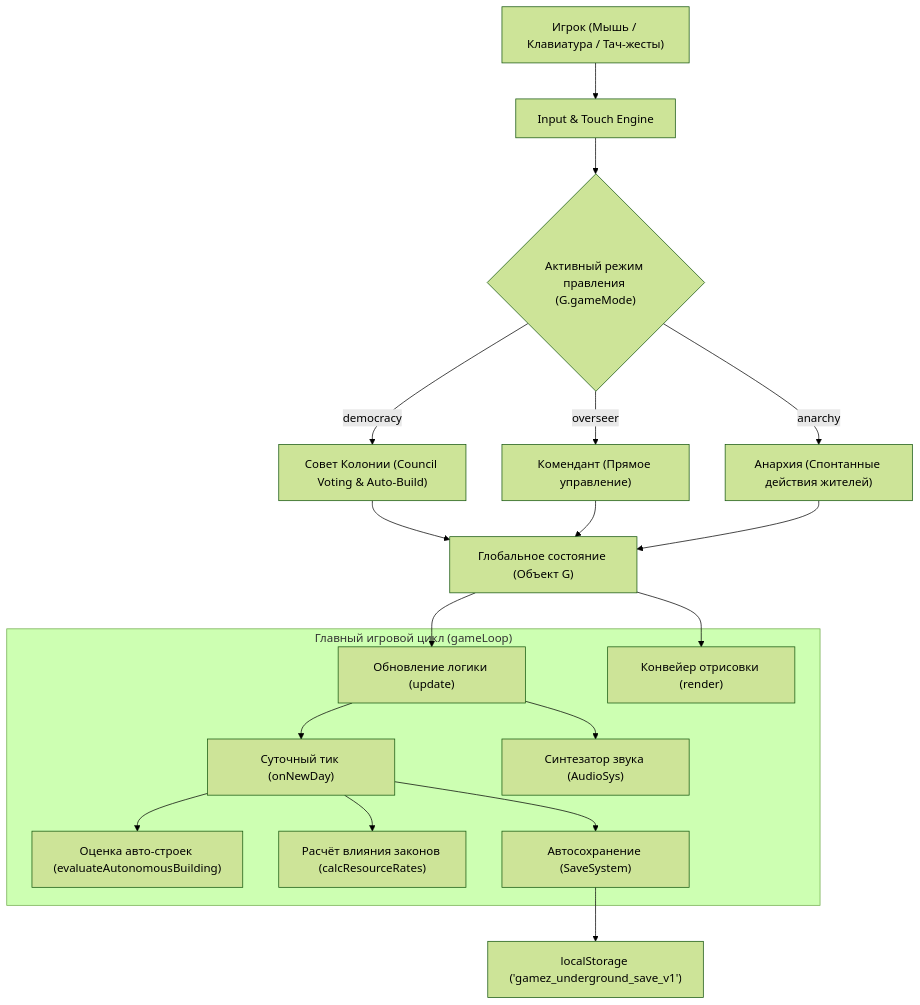
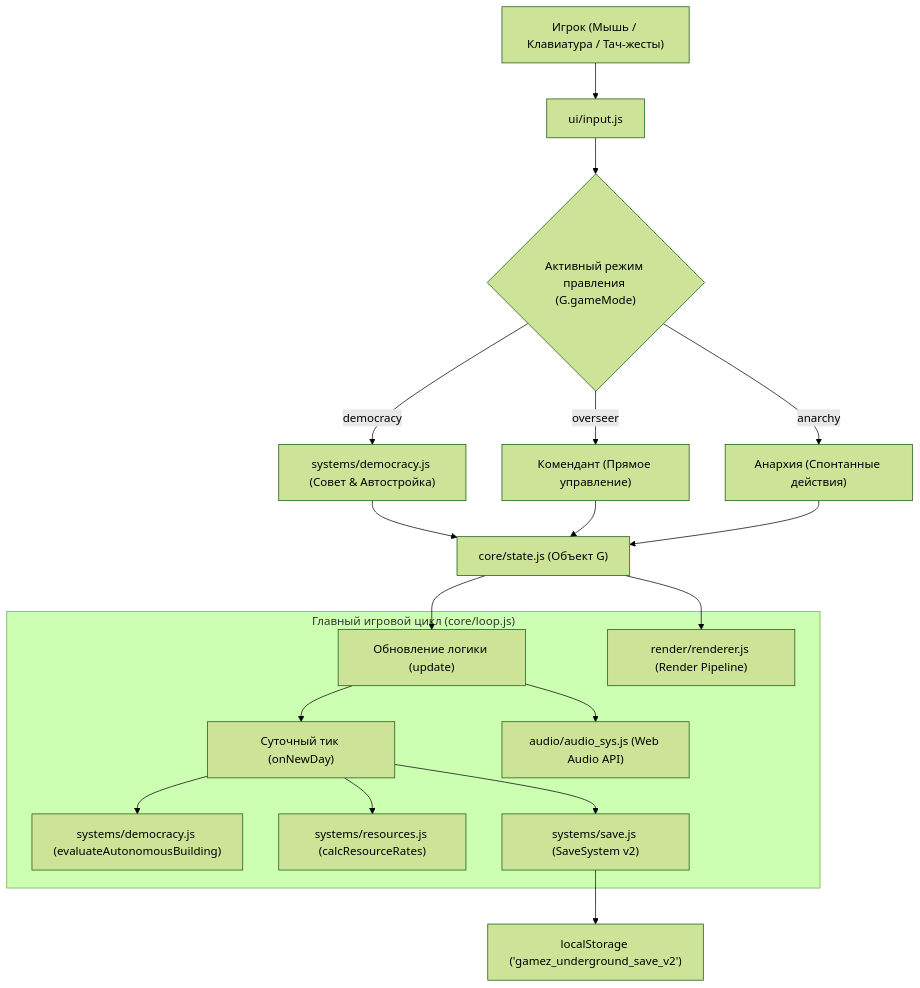
Before and after one commit to moonspeaking/GameZ: the diagram in docs/ARCHITECTURE.md, drawn with Mermaid (forest theme). The commit also changed other lines of this file and 35 other files, not shown here.

Commit message:
Refactor project into modular ES6 architecture with zero build dependencies

````diff
--- a/docs/ARCHITECTURE.md
+++ b/docs/ARCHITECTURE.md
@@ -13,32 +14,32 @@
 ```mermaid
 flowchart TD
-    User["Игрок (Мышь / Клавиатура / Тач-жесты)"] --> Input["Input & Touch Engine"]
+    User["Игрок (Мышь / Клавиатура / Тач-жесты)"] --> Input["ui/input.js"]
     Input --> ModeCheck{"Активный режим правления (G.gameMode)"}
     
-    ModeCheck -->|democracy| Council["Совет Колонии (Council Voting & Auto-Build)"]
+    ModeCheck -->|democracy| Council["systems/democracy.js (Совет & Автостройка)"]
     ModeCheck -->|overseer| Direct["Комендант (Прямое управление)"]
-    ModeCheck -->|anarchy| Chaos["Анархия (Спонтанные действия жителей)"]
+    ModeCheck -->|anarchy| Chaos["Анархия (Спонтанные действия)"]
     
-    Council --> State["Глобальное состояние (Объект G)"]
+    Council --> State["core/state.js (Объект G)"]
     Direct --> State
     Chaos --> State
     
-    subgraph EngineLoop ["Главный игровой цикл (gameLoop)"]
+    subgraph EngineLoop ["Главный игровой цикл (core/loop.js)"]
         Update["Обновление логики (update)"]
         DayTick["Суточный тик (onNewDay)"]
-        AutoBuild["Оценка авто-строек (evaluateAutonomousBuilding)"]
-        LawsCalc["Расчёт влияния законов (calcResourceRates)"]
-        Autosave["Автосохранение (SaveSystem)"]
-        Audio["Синтезатор звука (AudioSys)"]
-        Render["Конвейер отрисовки (render)"]
+        AutoBuild["systems/democracy.js (evaluateAutonomousBuilding)"]
+        LawsCalc["systems/resources.js (calcResourceRates)"]
+        Autosave["systems/save.js (SaveSystem v2)"]
+        Audio["audio/audio_sys.js (Web Audio API)"]
+        Render["render/renderer.js (Render Pipeline)"]
     end
     
     State --> Update
     Update --> DayTick
     DayTick --> AutoBuild
     DayTick --> LawsCalc
     DayTick --> Autosave
-    Autosave --> Storage["localStorage ('gamez_underground_save_v1')"]
+    Autosave --> Storage["localStorage ('gamez_underground_save_v2')"]
     Update --> Audio
     State --> Render
 ```
````
